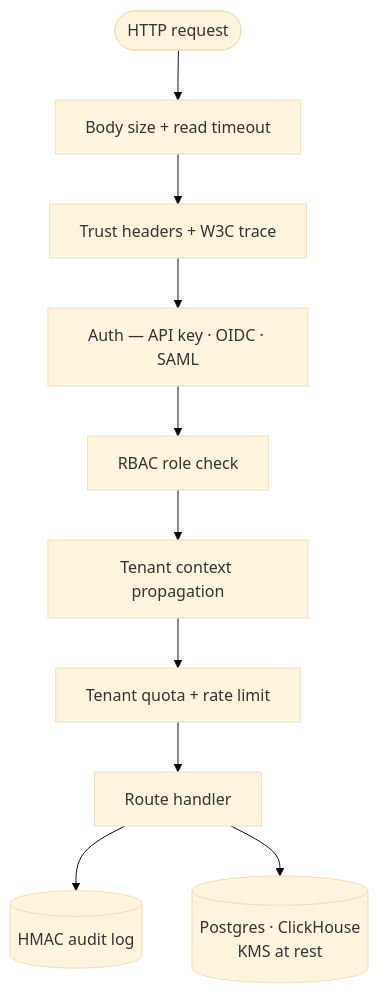
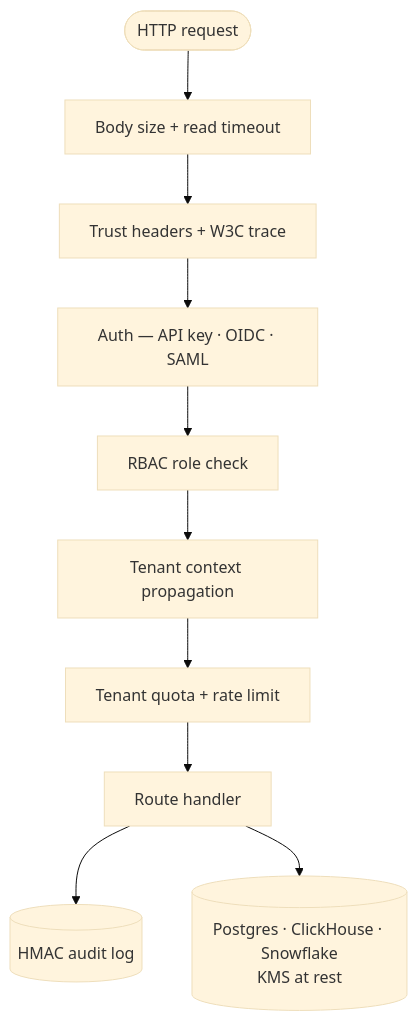
One commit to Rish-2006/agent-bom changed the fourth of 4 diagrams in README.md. Above: the diagram before and after it, drawn with Mermaid (base theme). The commit also changed other lines of this file and 3 other files, not shown here.

````diff
--- a/README.md
+++ b/README.md
@@ -216,17 +311,17 @@
 ```mermaid
 flowchart TB
     REQ([HTTP request])
     BODY[Body size + read timeout]
     TRACE[Trust headers + W3C trace]
     AUTH["Auth — API key · OIDC · SAML"]
     RBAC[RBAC role check]
     TENANT[Tenant context propagation]
     QUOTA[Tenant quota + rate limit]
     ROUTE[Route handler]
     AUDIT[(HMAC audit log)]
-    STORE[(Postgres · ClickHouse<br/>KMS at rest)]
+    STORE[(Postgres · ClickHouse · Snowflake<br/>KMS at rest)]
 
     REQ --> BODY --> TRACE --> AUTH --> RBAC --> TENANT --> QUOTA --> ROUTE
     ROUTE --> AUDIT
     ROUTE --> STORE
 ```
````
